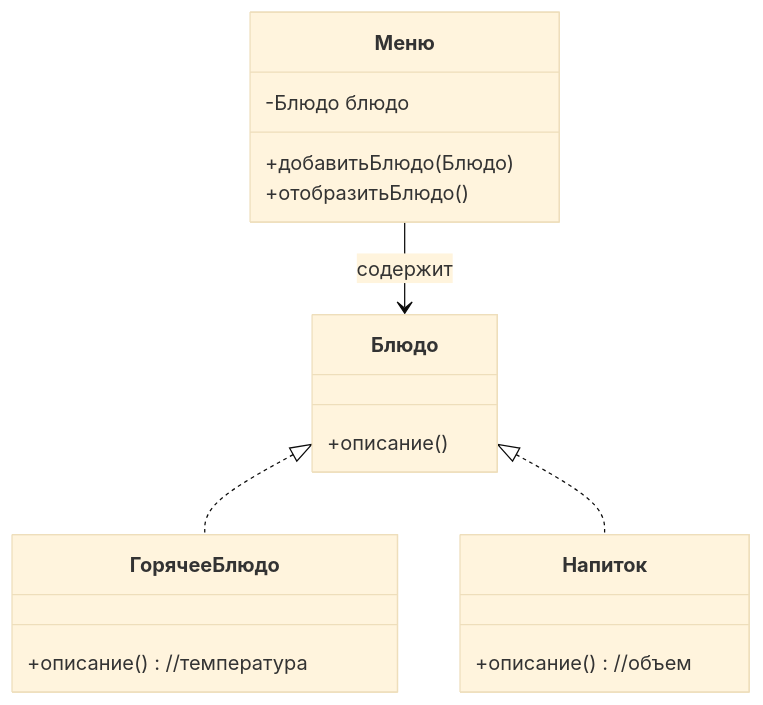
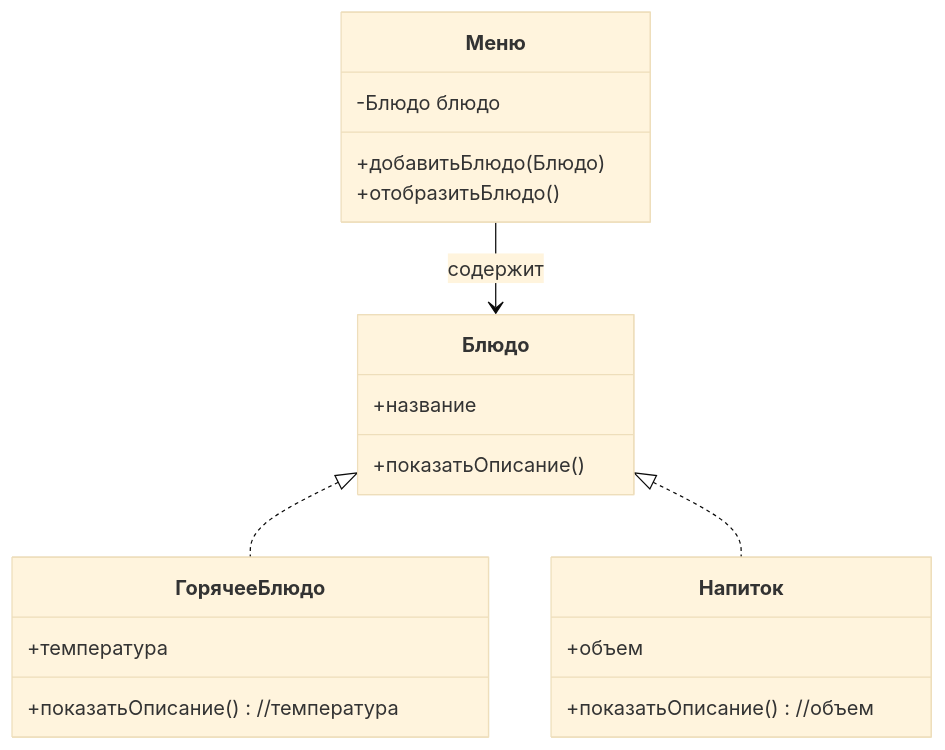
The third of 8 diagrams in README.md (Metaf-x/03.04-General-OOP), drawn with Mermaid (base theme) before and after one commit. The commit also changed other lines of this file, not shown here.

````diff
--- a/README.md
+++ b/README.md
@@ -127,20 +119,23 @@
 ```mermaid
 classDiagram
 	Меню --> Блюдо : содержит
 	Блюдо <|.. ГорячееБлюдо
 	Блюдо <|.. Напиток
 	class Меню {
 		-Блюдо блюдо
 		+добавитьБлюдо(Блюдо)
 		+отобразитьБлюдо()
 	}
 	class Блюдо {
-		+описание()
+		+название
+		+показатьОписание()
 	}
 	class ГорячееБлюдо {
-		+описание() //температура
+		+температура
+		+показатьОписание() //температура
 	}
 	class Напиток {
-		+описание() //объем
+		+объем
+		+показатьОписание() //объем
 	}
 ```
````
